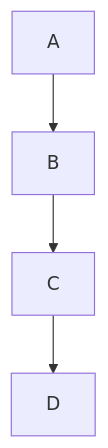
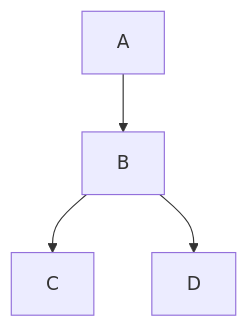
One commit to chanduujjina/JSE_Practice_2025_B1 changed the diagram in test1.md. Above: the diagram before and after it, drawn with Mermaid.

````diff
--- a/test1.md
+++ b/test1.md
@@ -1,6 +1,6 @@
 ```mermaid
 graph TD;
     A-->B;
     B-->C;
-    C-->D
+    B-->D
 ```
````
